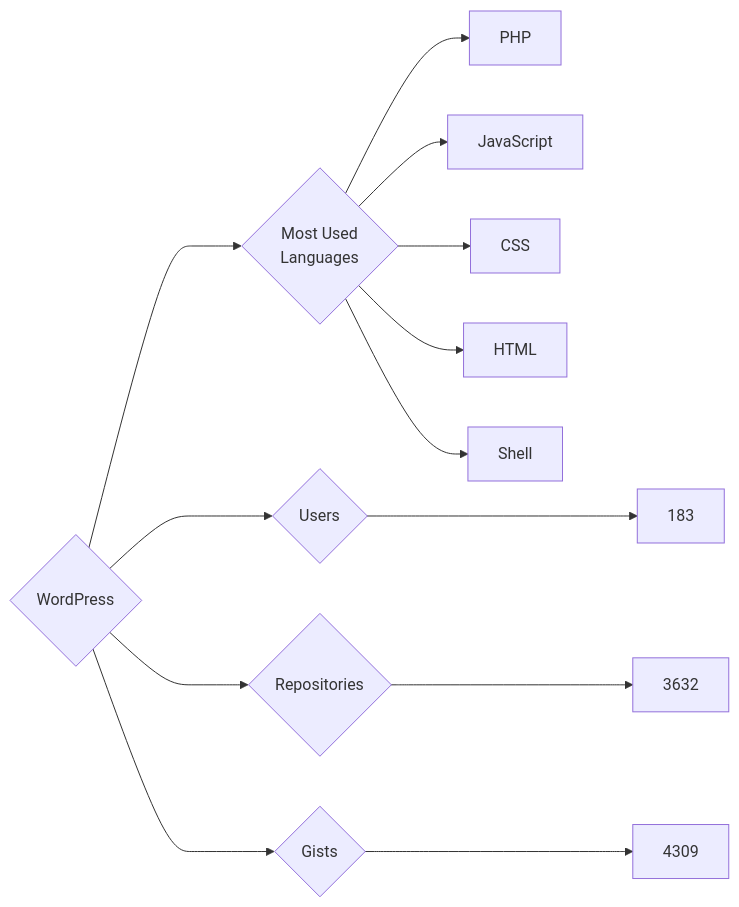
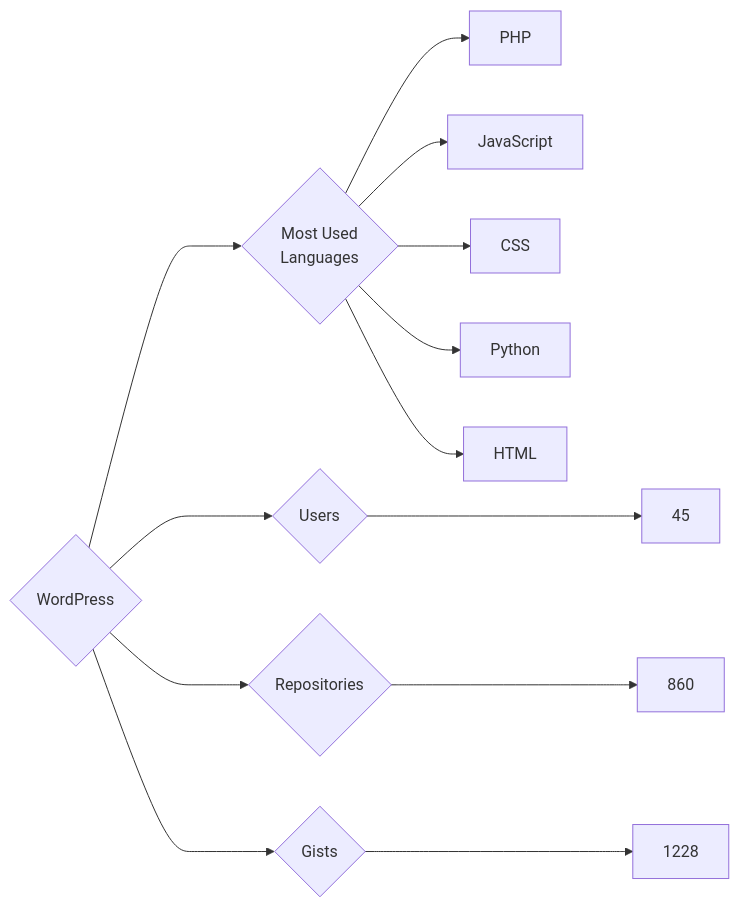
Before and after one commit to trickest/insiders: the diagram in targets/WordPress/README.md, drawn with Mermaid. The commit also changed 995 other files, not shown here.

````diff
--- a/targets/WordPress/README.md
+++ b/targets/WordPress/README.md
@@ -3,13 +3,13 @@
 ```mermaid
 graph LR
 COMPANY_NAME{WordPress}
-COMPANY_NAME ---> U{Users} ---> UN[183]
-COMPANY_NAME ---> R{Repositories} ---> RN[3632]
-COMPANY_NAME ---> G{Gists} ---> GN[4309]
+COMPANY_NAME ---> U{Users} ---> UN[45]
+COMPANY_NAME ---> R{Repositories} ---> RN[860]
+COMPANY_NAME ---> G{Gists} ---> GN[1228]
 COMPANY_NAME ---> ML{Most Used<br>Languages}
 ML --> PHP[PHP]
 ML --> JavaScript[JavaScript]
 ML --> CSS[CSS]
+ML --> Python[Python]
 ML --> HTML[HTML]
-ML --> Shell[Shell]
 ```
````
